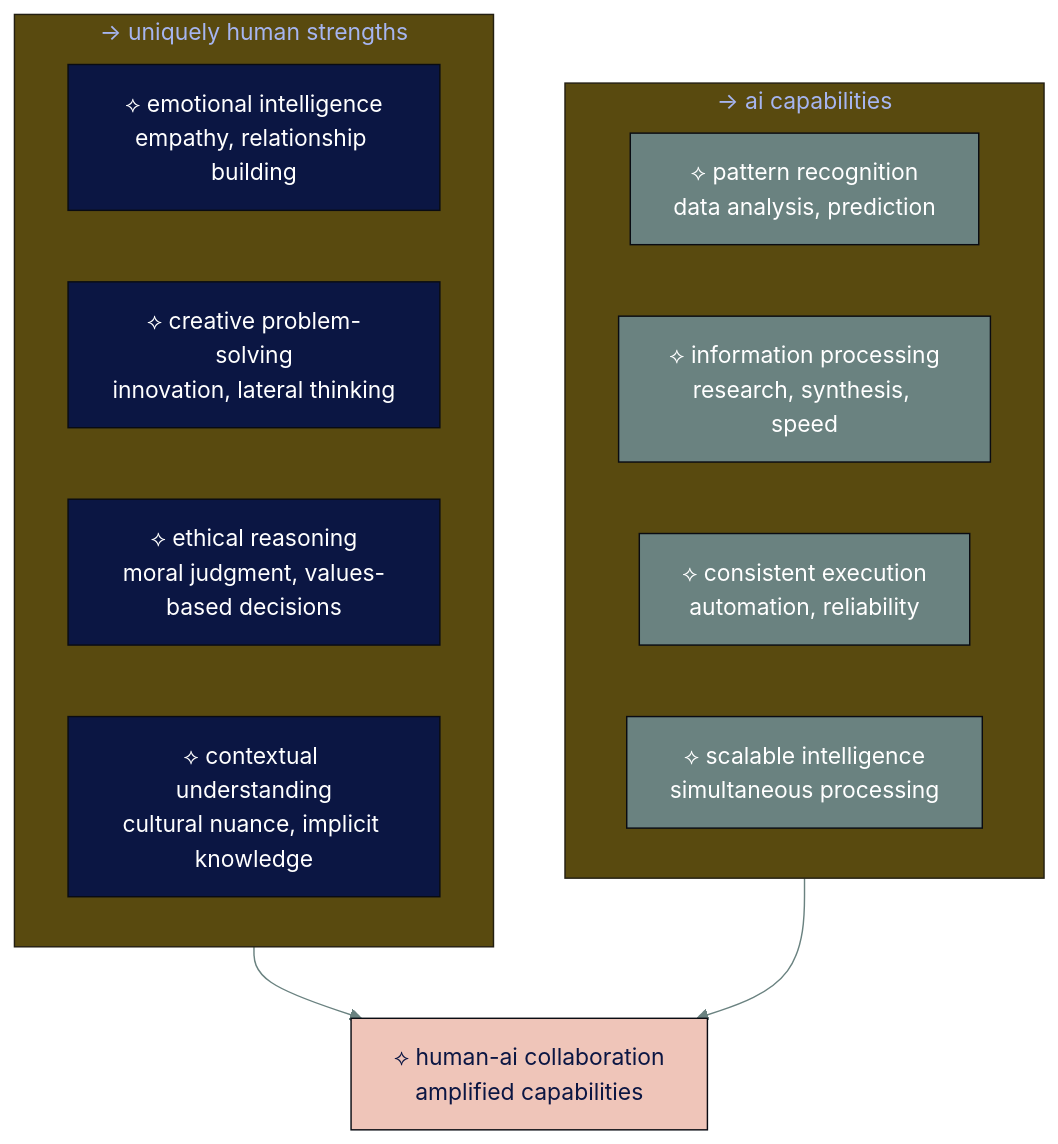
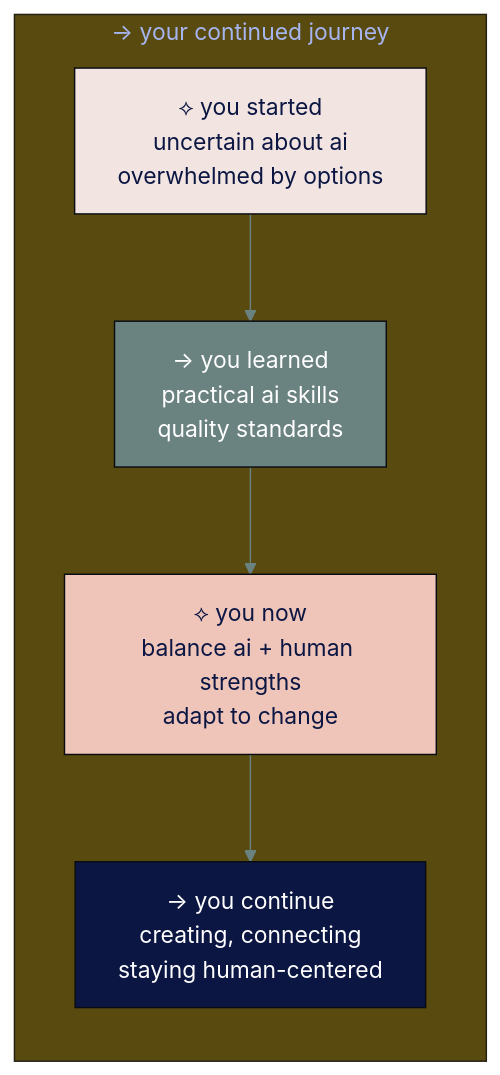
Before and after one commit to ninabrenes/ai-for-normal-people: the second of 2 diagrams in level 9: staying human-centered and growing forward.md, drawn with Mermaid. The commit also changed other lines of this file, not shown here.

Commit message:
Update level 9: staying human-centered and growing forward.md

````diff
--- a/level 9: staying human-centered and growing forward.md
+++ b/level 9: staying human-centered and growing forward.md
@@ -21,30 +287,14 @@
 ```mermaid
 %%{init: {'theme':'base', 'themeVariables': { 'primaryColor': '#0b1643', 'primaryTextColor': '#ffffff', 'lineColor': '#6a8280'}}}%%
-graph TD
-    subgraph Human[→ uniquely human strengths]
-        A[⟡ emotional intelligence<br/>empathy, relationship building]
-        B[⟡ creative problem-solving<br/>innovation, lateral thinking]
-        C[⟡ ethical reasoning<br/>moral judgment, values-based decisions]
-        D[⟡ contextual understanding<br/>cultural nuance, implicit knowledge]
+graph LR
+    subgraph Journey[→ your continued journey]
+        A[⟡ you started<br/>uncertain about ai<br/>overwhelmed by options] --> B[→ you learned<br/>practical ai skills<br/>quality standards]
+        B --> C[⟡ you now<br/>balance ai + human strengths<br/>adapt to change]
+        C --> D[→ you continue<br/>creating, connecting<br/>staying human-centered]
     end
     
-    subgraph AI[→ ai capabilities]
-        E[⟡ pattern recognition<br/>data analysis, prediction]
-        F[⟡ information processing<br/>research, synthesis, speed]
-        G[⟡ consistent execution<br/>automation, reliability]
-        H[⟡ scalable intelligence<br/>simultaneous processing]
-    end
-    
-    Human --> I[⟡ human-ai collaboration<br/>amplified capabilities]
-    AI --> I
-    
-    style A fill:#0b1643,color:#ffffff
-    style B fill:#0b1643,color:#ffffff
-    style C fill:#0b1643,color:#ffffff
+    style A fill:#f2e5e1,color:#0b1643
+    style B fill:#6a8280,color:#ffffff
+    style C fill:#efc5b9,color:#0b1643
     style D fill:#0b1643,color:#ffffff
-    style E fill:#6a8280,color:#ffffff
-    style F fill:#6a8280,color:#ffffff
-    style G fill:#6a8280,color:#ffffff
-    style H fill:#6a8280,color:#ffffff
-    style I fill:#efc5b9,color:#0b1643
 ```
````
